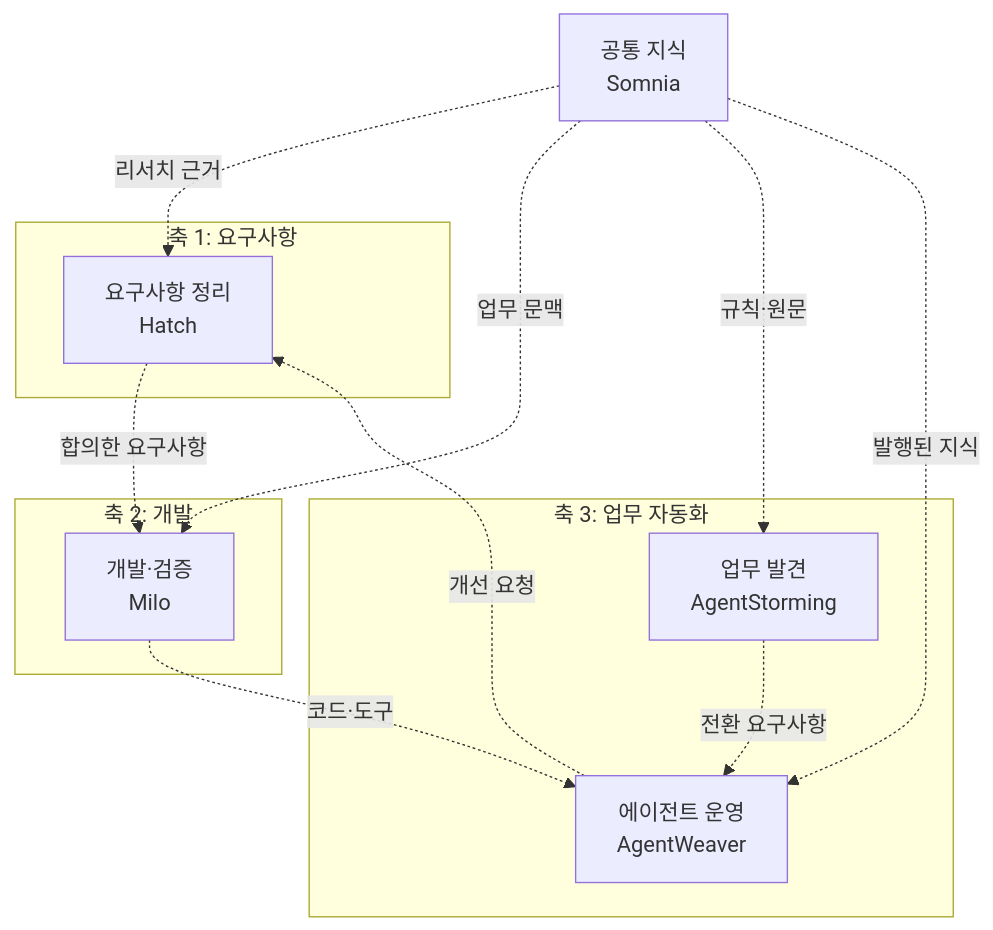
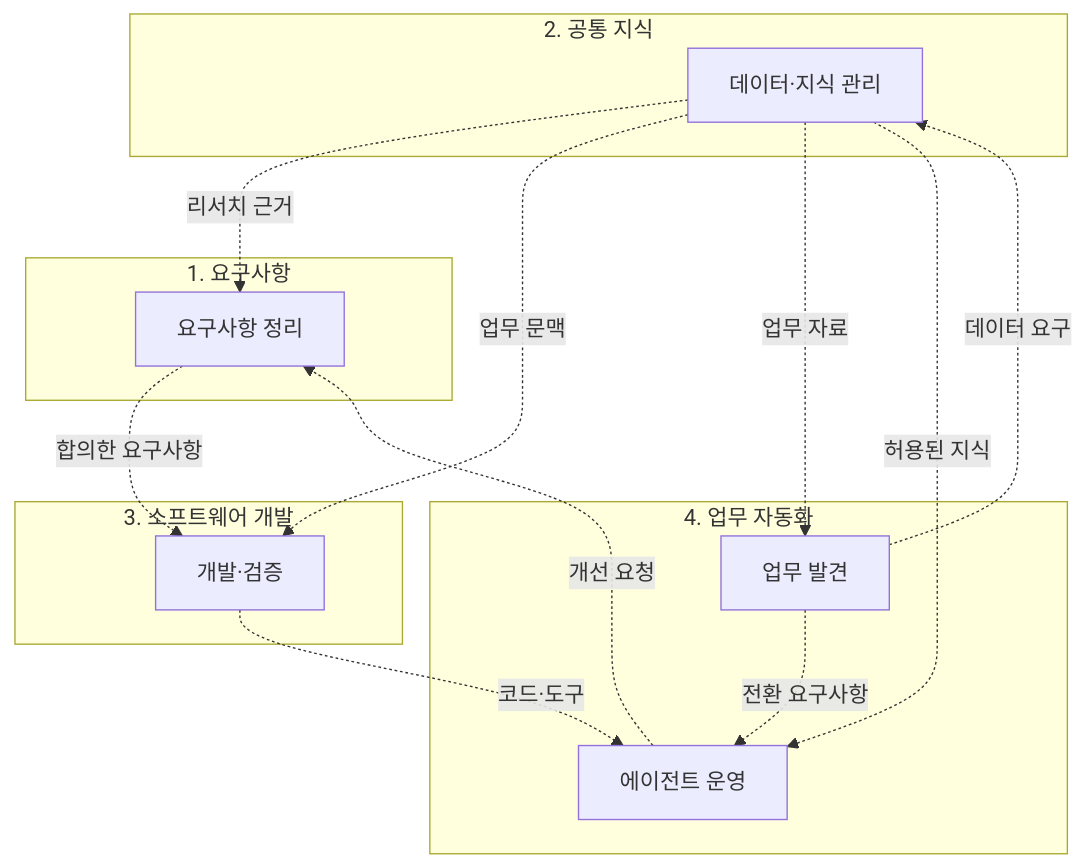
Before and after one commit to haandol/haandol.github.com: the first of 10 diagrams in _posts/2026-11-05-enterprise-wide-ax-essentials.md, drawn with Mermaid. The commit also changed other lines of this file and 1 other file, not shown here.

````diff
--- a/_posts/2026-11-05-enterprise-wide-ax-essentials.md
+++ b/_posts/2026-11-05-enterprise-wide-ax-essentials.md
@@ -52,22 +39,25 @@
 ```mermaid
 flowchart TB
-  subgraph X1["축 1: 요구사항"]
-    H["요구사항 정리<br/>Hatch"]
+  subgraph X1["1. 요구사항"]
+    H["요구사항 정리"]
   end
-  subgraph X2["축 2: 개발"]
-    F["개발·검증<br/>Milo"]
+  subgraph X2["2. 공통 지식"]
+    K["데이터·지식 관리"]
   end
-  subgraph X3["축 3: 업무 자동화"]
-    S["업무 발견<br/>AgentStorming"]
-    W["에이전트 운영<br/>AgentWeaver"]
+  subgraph X3["3. 소프트웨어 개발"]
+    F["개발·검증"]
+  end
+  subgraph X4["4. 업무 자동화"]
+    S["업무 발견"]
+    W["에이전트 운영"]
     S -.->|"전환 요구사항"| W
   end
   H -.->|"합의한 요구사항"| F
   F -.->|"코드·도구"| W
   W -.->|"개선 요청"| H
-  K["공통 지식<br/>Somnia"]
   K -.->|"리서치 근거"| H
   K -.->|"업무 문맥"| F
-  K -.->|"규칙·원문"| S
-  K -.->|"발행된 지식"| W
+  K -.->|"업무 자료"| S
+  S -.->|"데이터 요구"| K
+  K -.->|"허용된 지식"| W
 ```
````
